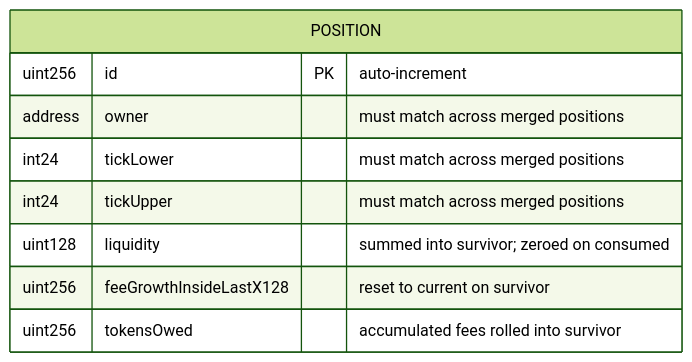
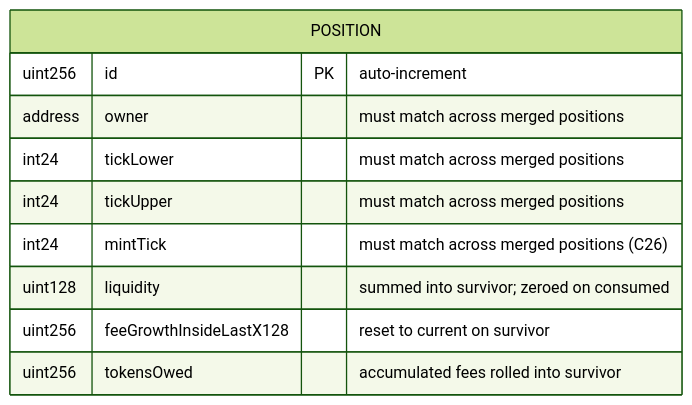
The third of 3 diagrams in specs/features/contracts/FEAT-K1M2-merge-positions/ARCHITECTURE.md (ProphetMarket/lp-vaults), drawn with Mermaid (forest theme) before and after one commit. The commit also changed other lines of this file and 14 other files, not shown here.

First line of the commit message:
spec (vault): Specify the mint tick and the merge guards

````diff
--- a/specs/features/contracts/FEAT-K1M2-merge-positions/ARCHITECTURE.md
+++ b/specs/features/contracts/FEAT-K1M2-merge-positions/ARCHITECTURE.md
@@ -33,12 +33,13 @@
 ```mermaid
 erDiagram
     POSITION {
         uint256 id PK "auto-increment"
         address owner "must match across merged positions"
         int24 tickLower "must match across merged positions"
         int24 tickUpper "must match across merged positions"
+        int24 mintTick "must match across merged positions (C26)"
         uint128 liquidity "summed into survivor; zeroed on consumed"
         uint256 feeGrowthInsideLastX128 "reset to current on survivor"
         uint256 tokensOwed "accumulated fees rolled into survivor"
     }
 ```
````
